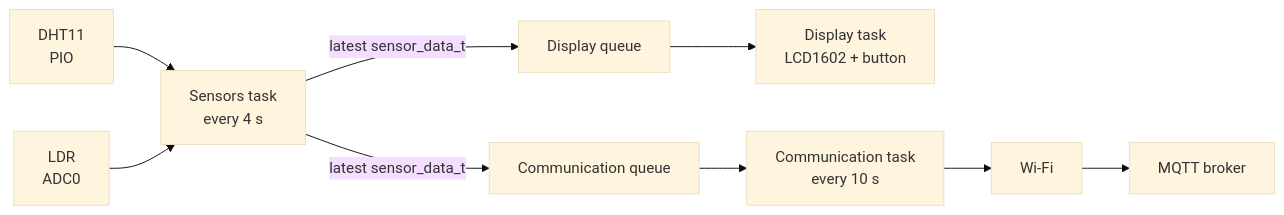
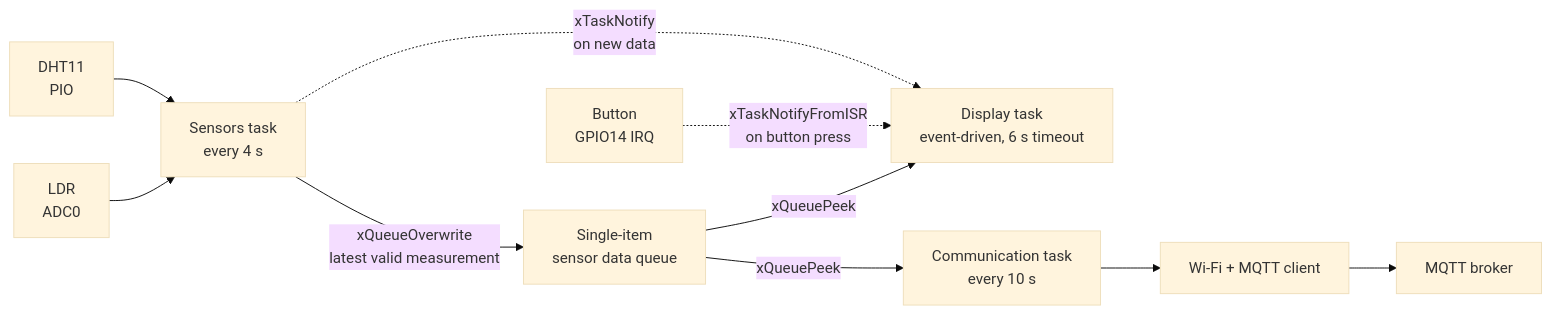
One commit to Linsisa/pico-weather-station changed the diagram in readme.md. Above: the diagram before and after it, drawn with Mermaid (base theme). The commit also changed other lines of this file, not shown here.

````diff
--- a/readme.md
+++ b/readme.md
@@ -56,11 +61,12 @@
 ```mermaid
 flowchart LR
 		DHT[DHT11<br/>PIO] --> S[Sensors task<br/>every 4 s]
 		LDR[LDR<br/>ADC0] --> S
-		S -->|latest sensor_data_t| QD[Display queue]
-		S -->|latest sensor_data_t| QC[Communication queue]
-		QD --> D[Display task<br/>LCD1602 + button]
-		QC --> C[Communication task<br/>every 10 s]
-		C --> W[Wi-Fi]
+		S --> |xQueueOverwrite<br/> latest valid measurement| Q[Single-item<br/> sensor data queue]
+		S -.->|xTaskNotify<br/>on new data| D[Display task<br/>event-driven, 6 s timeout]
+		B[Button<br/>GPIO14 IRQ] -.-> |xTaskNotifyFromISR<br/>on button press| D
+		Q --> |xQueuePeek| D
+		Q --> |xQueuePeek| C[Communication task<br/>every 10 s]
+		C --> W[Wi-Fi + MQTT client]
 		W --> M[MQTT broker]
 ```
````
